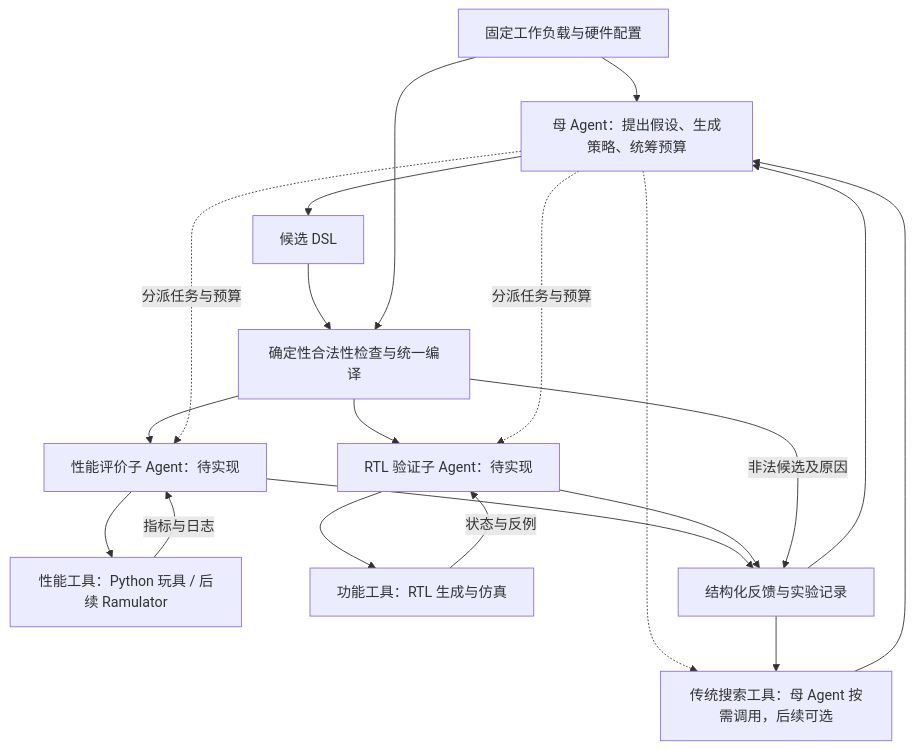
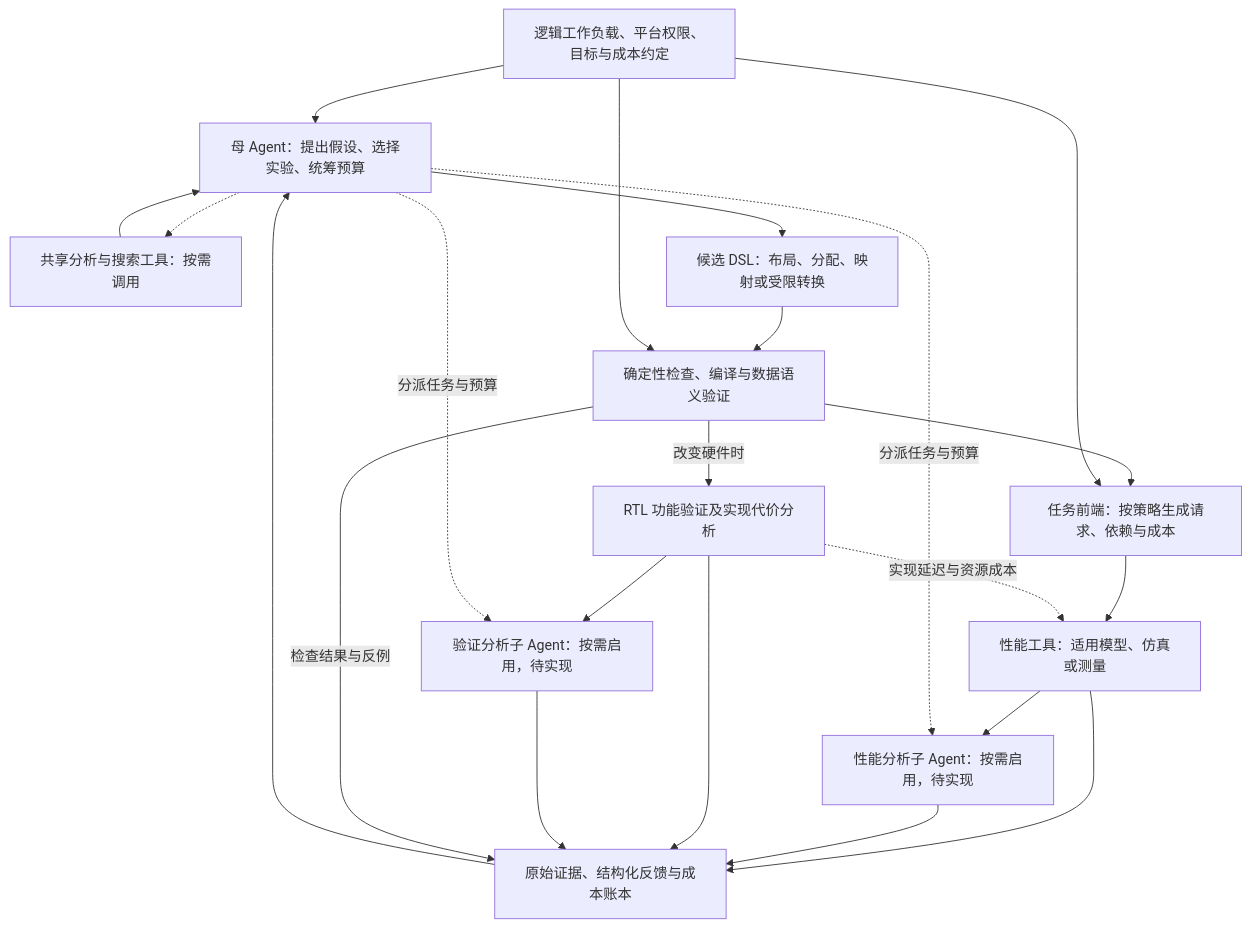
One commit to weishiru351-lab/agent_sim_for_HBM changed the diagram in README.md. Above: the diagram before and after it, drawn with Mermaid. The commit also changed other lines of this file and 15 other files, not shown here.

````diff
--- a/README.md
+++ b/README.md
@@ -44,22 +58,24 @@
 ```mermaid
 flowchart TD
-    W["固定工作负载与硬件配置"] --> M["母 Agent：提出假设、生成策略、统筹预算"]
-    M -.-> S["传统搜索工具：母 Agent 按需调用，后续可选"]
+    W["逻辑工作负载、平台权限、目标与成本约定"] --> M["母 Agent：提出假设、选择实验、统筹预算"]
+    M -.-> S["共享分析与搜索工具：按需调用"]
     S --> M
-    M --> D["候选 DSL"]
-    D --> C["确定性合法性检查与统一编译"]
+    M --> D["候选 DSL：布局、分配、映射或受限转换"]
+    D --> C["确定性检查、编译与数据语义验证"]
     W --> C
-    C --> P["性能评价子 Agent：待实现"]
-    C --> V["RTL 验证子 Agent：待实现"]
+    C --> F["任务前端：按策略生成请求、依赖与成本"]
+    W --> F
+    F --> PT["性能工具：适用模型、仿真或测量"]
+    PT --> R["原始证据、结构化反馈与成本账本"]
+    PT --> P["性能分析子 Agent：按需启用，待实现"]
+    P --> R
+    C -->|改变硬件时| VT["RTL 功能验证及实现代价分析"]
+    VT --> R
+    VT --> V["验证分析子 Agent：按需启用，待实现"]
+    V --> R
+    VT -.->|实现延迟与资源成本| PT
     M -.->|分派任务与预算| P
     M -.->|分派任务与预算| V
-    P --> PT["性能工具：Python 玩具 / 后续 Ramulator"]
-    PT -->|指标与日志| P
-    V --> VT["功能工具：RTL 生成与仿真"]
-    VT -->|状态与反例| V
-    P --> R["结构化反馈与实验记录"]
-    V --> R
-    C -->|非法候选及原因| R
+    C -->|检查结果与反例| R
     R --> M
-    R --> S
 ```
````
